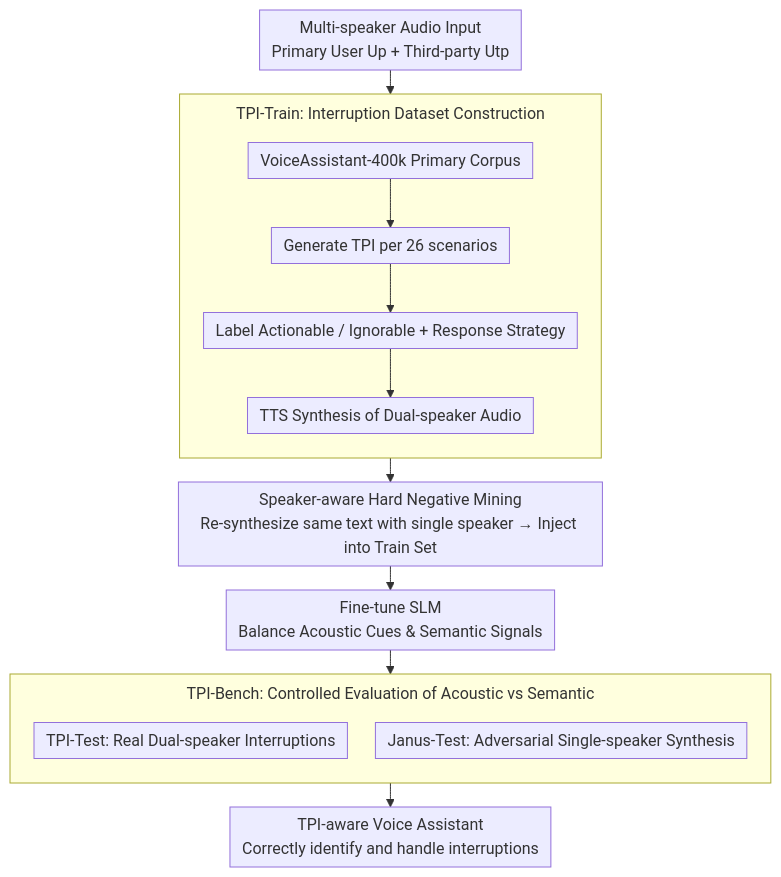
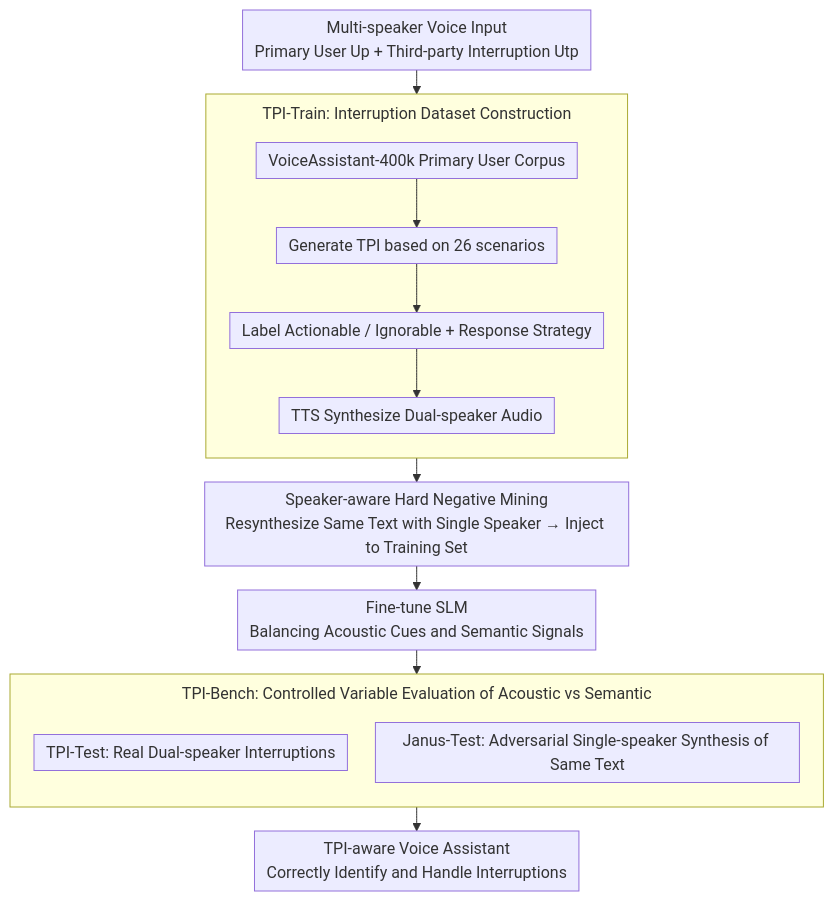
Before and after one commit to zhaoyang97/Paper-Notes-en: the diagram in docs/ACL2026/audio_speech/still_between_us_evaluating_and_improving_voice_assistant_robustness_to_third-pa.md, drawn with Mermaid. The commit also changed other lines of this file and 5084 other files, not shown here.

````diff
--- a/docs/ACL2026/audio_speech/still_between_us_evaluating_and_improving_voice_assistant_robustness_to_third-pa.md
+++ b/docs/ACL2026/audio_speech/still_between_us_evaluating_and_improving_voice_assistant_robustness_to_third-pa.md
@@ -44,24 +44,24 @@
 ```mermaid
 %%{init: {'flowchart': {'rankSpacing': 24, 'nodeSpacing': 28, 'padding': 6, 'wrappingWidth': 400, 'subGraphTitleMargin': {'top': 8, 'bottom': 16}}}}%%
 flowchart TD
-    A["Multi-speaker Audio Input<br/>Primary User Up + Third-party Utp"]
+    A["Multi-speaker Voice Input<br/>Primary User Up + Third-party Interruption Utp"]
     subgraph TRAIN["TPI-Train: Interruption Dataset Construction"]
         direction TB
-        B["VoiceAssistant-400k Primary Corpus"] --> C["Generate TPI per 26 scenarios"]
+        B["VoiceAssistant-400k Primary User Corpus"] --> C["Generate TPI based on 26 scenarios"]
         C --> D["Label Actionable / Ignorable + Response Strategy"]
-        D --> E["TTS Synthesis of Dual-speaker Audio"]
+        D --> E["TTS Synthesize Dual-speaker Audio"]
     end
-    F["Speaker-aware Hard Negative Mining<br/>Re-synthesize same text with single speaker → Inject into Train Set"]
-    G["Fine-tune SLM<br/>Balance Acoustic Cues & Semantic Signals"]
-    subgraph BENCH["TPI-Bench: Controlled Evaluation of Acoustic vs Semantic"]
+    F["Speaker-aware Hard Negative Mining<br/>Resynthesize Same Text with Single Speaker → Inject to Training Set"]
+    G["Fine-tune SLM<br/>Balancing Acoustic Cues and Semantic Signals"]
+    subgraph BENCH["TPI-Bench: Controlled Variable Evaluation of Acoustic vs Semantic"]
         direction TB
         H["TPI-Test: Real Dual-speaker Interruptions"]
-        I["Janus-Test: Adversarial Single-speaker Synthesis"]
+        I["Janus-Test: Adversarial Single-speaker Synthesis of Same Text"]
     end
-    J["TPI-aware Voice Assistant<br/>Correctly identify and handle interruptions"]
+    J["TPI-aware Voice Assistant<br/>Correctly Identify and Handle Interruptions"]
     A --> TRAIN
     TRAIN --> F
     F --> G
     G --> BENCH
     BENCH --> J
 ```
````
